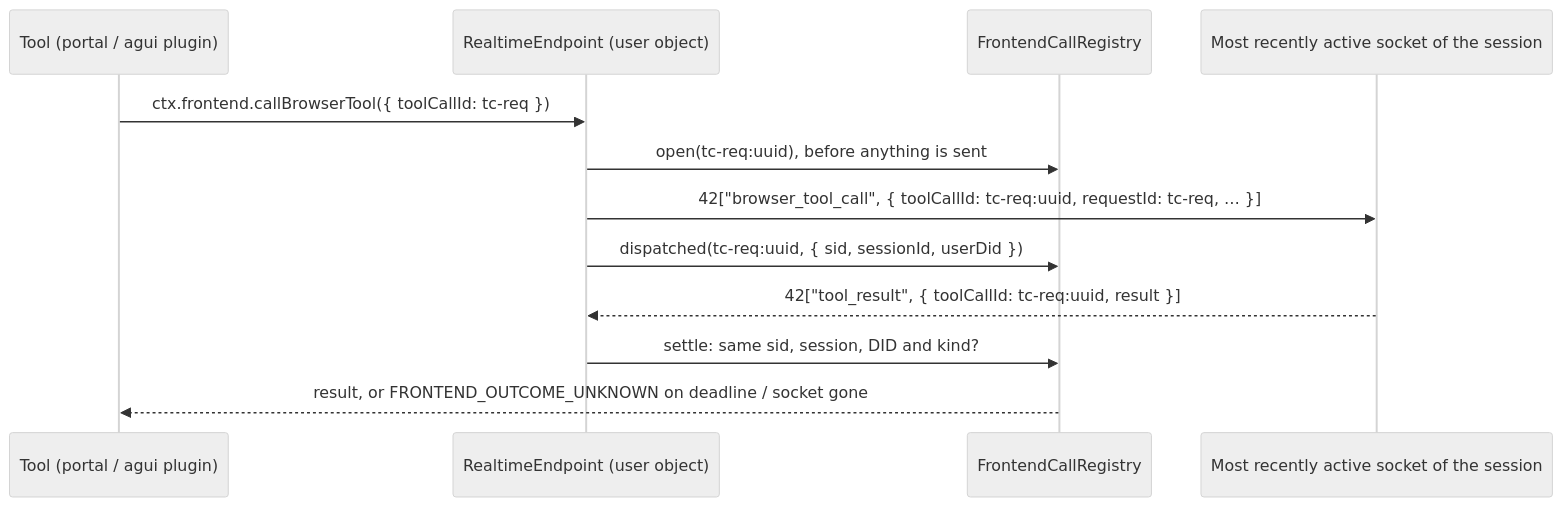
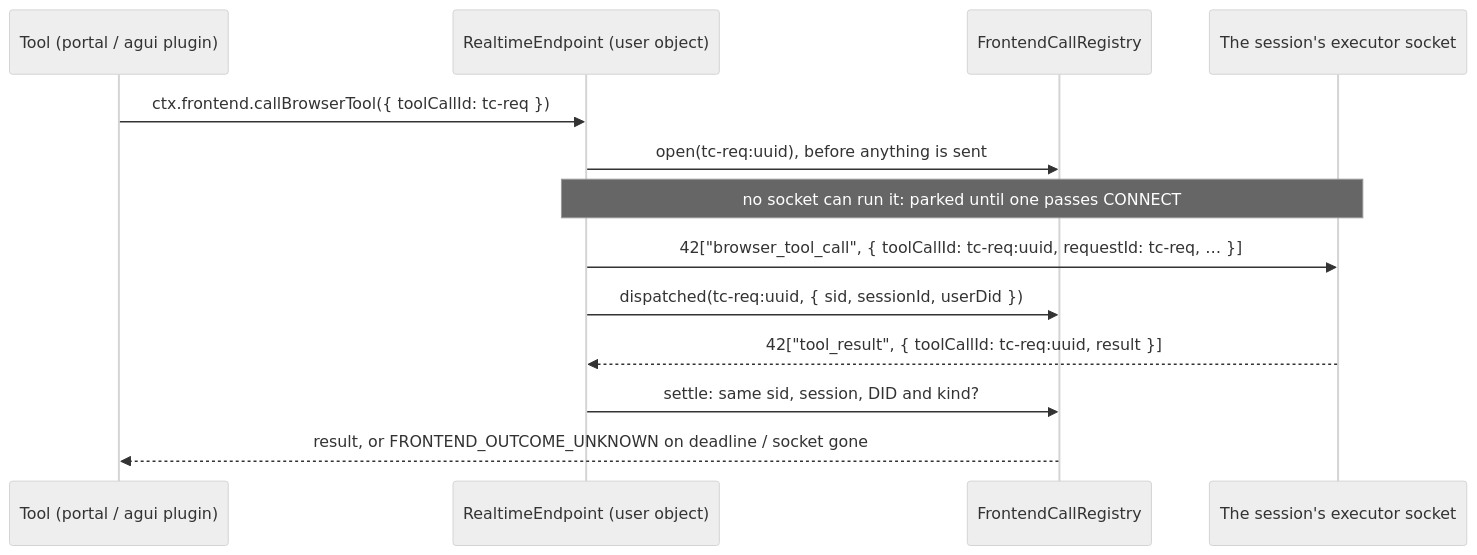
Before and after one commit to ixoworld/qiforge: the diagram in packages/oracle-runtime-workers/docs/frontend-bridge.md, drawn with Mermaid (neutral theme). The commit also changed other lines of this file and 83 other files, not shown here.

````diff
--- a/packages/oracle-runtime-workers/docs/frontend-bridge.md
+++ b/packages/oracle-runtime-workers/docs/frontend-bridge.md
@@ -18,14 +18,15 @@
 ```mermaid
 sequenceDiagram
     participant T as Tool (portal / agui plugin)
     participant E as RealtimeEndpoint (user object)
     participant R as FrontendCallRegistry
-    participant B as Most recently active socket of the session
+    participant B as The session's executor socket
     T->>E: ctx.frontend.callBrowserTool({ toolCallId: tc-req })
     E->>R: open(tc-req:uuid), before anything is sent
+    Note over E,B: no socket can run it: parked until one passes CONNECT
     E->>B: 42["browser_tool_call", { toolCallId: tc-req:uuid, requestId: tc-req, … }]
     E->>R: dispatched(tc-req:uuid, { sid, sessionId, userDid })
     B-->>E: 42["tool_result", { toolCallId: tc-req:uuid, result }]
     E->>R: settle: same sid, session, DID and kind?
     R-->>T: result, or FRONTEND_OUTCOME_UNKNOWN on deadline / socket gone
 ```
````
